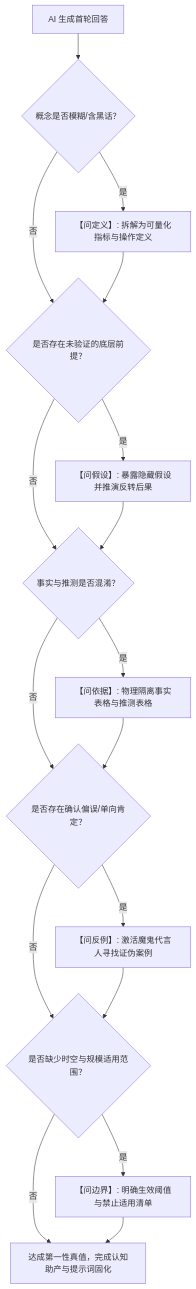
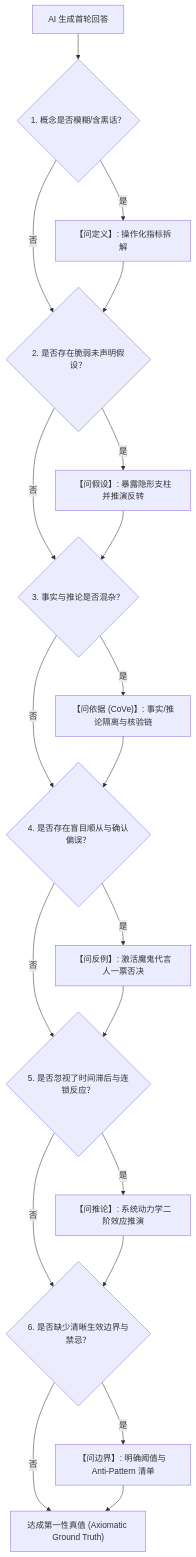
The diagram in skills/topic-socratic-prompt-master/references/socratic-5-dimensions.md (guyue55/Skills), drawn with Mermaid before and after one commit. The commit also changed other lines of this file and 10 other files, not shown here.

````diff
--- a/skills/topic-socratic-prompt-master/references/socratic-5-dimensions.md
+++ b/skills/topic-socratic-prompt-master/references/socratic-5-dimensions.md
@@ -110,23 +174,27 @@
 ```mermaid
 graph TD
-    Start["AI 生成首轮回答"] --> Check1{"概念是否模糊/含黑话？"}
-    Check1 -- 是 --> Act1["【问定义】: 拆解为可量化指标与操作定义"]
-    Check1 -- 否 --> Check2{"是否存在未验证的底层前提？"}
+    A["AI 生成首轮回答"] --> B{"1. 概念是否模糊/含黑话？"}
+    B -- 是 --> C1["【问定义】: 操作化指标拆解"]
+    B -- 否 --> D{"2. 是否存在脆弱未声明假设？"}
     
-    Act1 --> Check2
-    Check2 -- 是 --> Act2["【问假设】: 暴露隐藏假设并推演反转后果"]
-    Check2 -- 否 --> Check3{"事实与推测是否混淆？"}
+    C1 --> D
+    D -- 是 --> C2["【问假设】: 暴露隐形支柱并推演反转"]
+    D -- 否 --> E{"3. 事实与推论是否混杂？"}
     
-    Act2 --> Check3
-    Check3 -- 是 --> Act3["【问依据】: 物理隔离事实表格与推测表格"]
-    Check3 -- 否 --> Check4{"是否存在确认偏误/单向肯定？"}
+    C2 --> E
+    E -- 是 --> C3["【问依据 (CoVe)】: 事实/推论隔离与核验链"]
+    E -- 否 --> F{"4. 是否存在盲目顺从与确认偏误？"}
     
-    Act3 --> Check4
-    Check4 -- 是 --> Act4["【问反例】: 激活魔鬼代言人寻找证伪案例"]
-    Check4 -- 否 --> Check5{"是否缺少时空与规模适用范围？"}
+    C3 --> F
+    F -- 是 --> C4["【问反例】: 激活魔鬼代言人一票否决"]
+    F -- 否 --> G{"5. 是否忽视了时间滞后与连锁反应？"}
     
-    Act4 --> Check5
-    Check5 -- 是 --> Act5["【问边界】: 明确生效阈值与禁止适用清单"]
-    Check5 -- 否 --> Final["达成第一性真值，完成认知助产与提示词固化"]
-    Act5 --> Final
+    C4 --> G
+    G -- 是 --> C5["【问推论】: 系统动力学二阶效应推演"]
+    G -- 否 --> H{"6. 是否缺少清晰生效边界与禁忌？"}
+    
+    C5 --> H
+    H -- 是 --> C6["【问边界】: 明确阈值与 Anti-Pattern 清单"]
+    H -- 否 --> I["达成第一性真值 (Axiomatic Ground Truth)"]
+    C6 --> I
 ```
````
